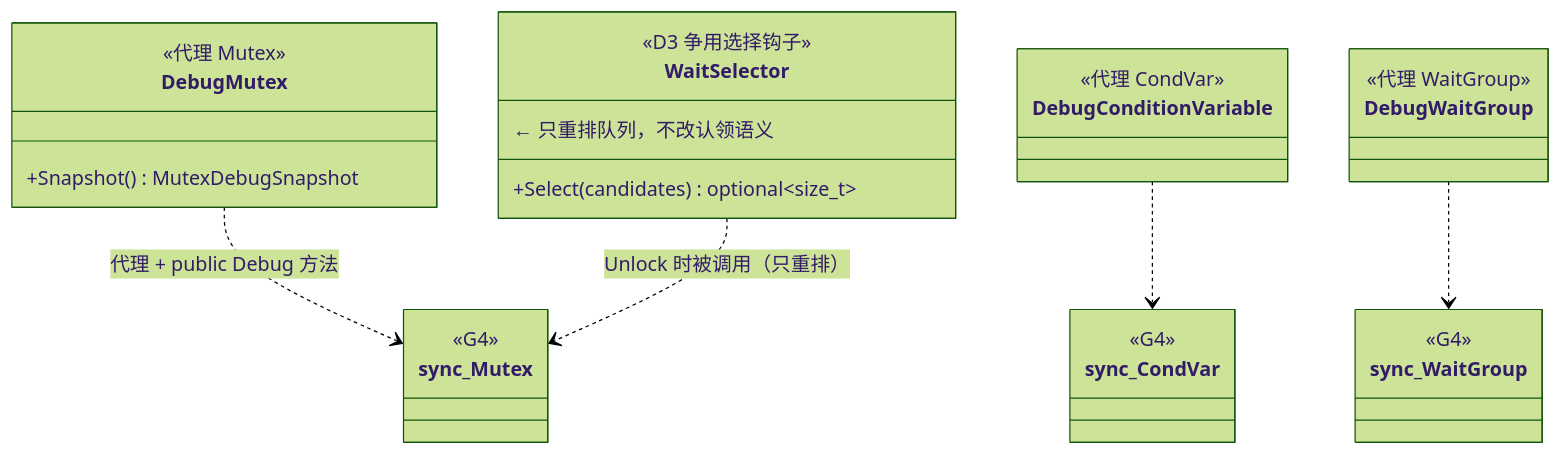
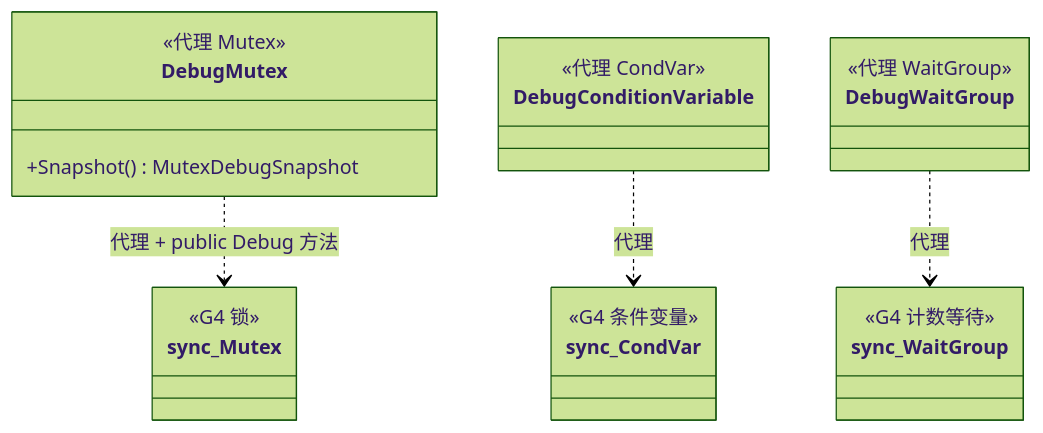
One commit to mdymdy666/Go2cpp changed the second of 9 diagrams in ArchitectureDiagram/diagrams/G10-debug.md. Above: the diagram before and after it, drawn with Mermaid (forest theme). The commit also changed other lines of this file and 2 other files, not shown here.

Commit message:
docs(arch): 全量宽高比扫描，拆分 G10 的锁与 D3 图 —— 扁条清零
把类图宽高比检测扩展到全部 62 张图（Pillow 读 PNG 尺寸，宽/高 > 2.2 判扁），结果只有 G10 第 2 张超标（784x312，宽高比 2.51）。

先尝试精简箭头文字来压窄，结果从 2.51 变成 3.05 反而更扁 —— 说明类数多时减少箭头救不了布局。

最终拆成两张：①-B 锁观测代理（6 类，753x360，2.09）与 ①-B′ D3 争用选择（2 类，459x450，1.02）；后者顺带新增了 WaiterCandidate 类 —— 它本来就是实现里存在的选择器输入视图类型，之前只在文字里提到。

拆分后 G10 共 9 张、全项目 63 张图、扁条 0，宽高比落在 0.32~2.09。

如实记录一个仍存在的观感问题：G10-5 是 784x2487（宽高比 0.32）的竖向长图，需要滚动才能看全，但文字大小正常、不像扁条那样不可读，属可接受范围；要彻底解决需再拆状态机，本轮未做。

方法学结论：「一屏可读」可量化为两个门槛 —— 宽高比 > 2.5 视为扁条（文字过小），宽高比 < 0.35 视为竖条（需滚动）。本轮只消除扁条，竖条作为已知限制记录。

````diff
--- a/ArchitectureDiagram/diagrams/G10-debug.md
+++ b/ArchitectureDiagram/diagrams/G10-debug.md
@@ -72,35 +72,28 @@
 ```mermaid
 classDiagram
     direction TB
 
     class sync_Mutex {
-        <<G4>>
+        <<G4 锁>>
     }
     class sync_CondVar {
-        <<G4>>
+        <<G4 条件变量>>
     }
     class sync_WaitGroup {
-        <<G4>>
+        <<G4 计数等待>>
     }
-
     class DebugMutex {
         <<代理 Mutex>>
         +Snapshot() MutexDebugSnapshot
     }
     class DebugConditionVariable {
         <<代理 CondVar>>
     }
     class DebugWaitGroup {
         <<代理 WaitGroup>>
     }
-    class WaitSelector {
-        <<D3 争用选择钩子>>
-        +Select(candidates) optional~size_t~
-        ← 只重排队列，不改认领语义
-    }
 
     DebugMutex ..> sync_Mutex : 代理 + public Debug 方法
-    DebugConditionVariable ..> sync_CondVar
-    DebugWaitGroup ..> sync_WaitGroup
-    WaitSelector ..> sync_Mutex : Unlock 时被调用（只重排）
+    DebugConditionVariable ..> sync_CondVar : 代理
+    DebugWaitGroup ..> sync_WaitGroup : 代理
 ```
````
